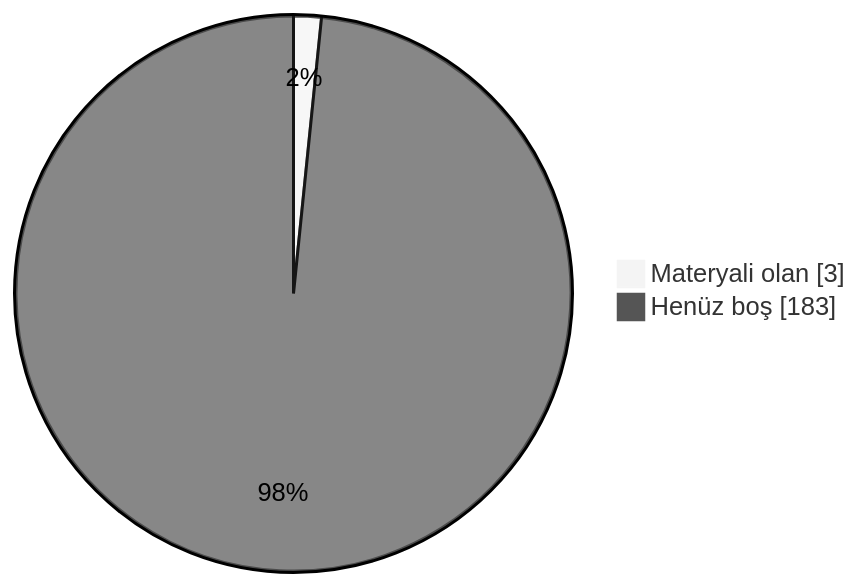
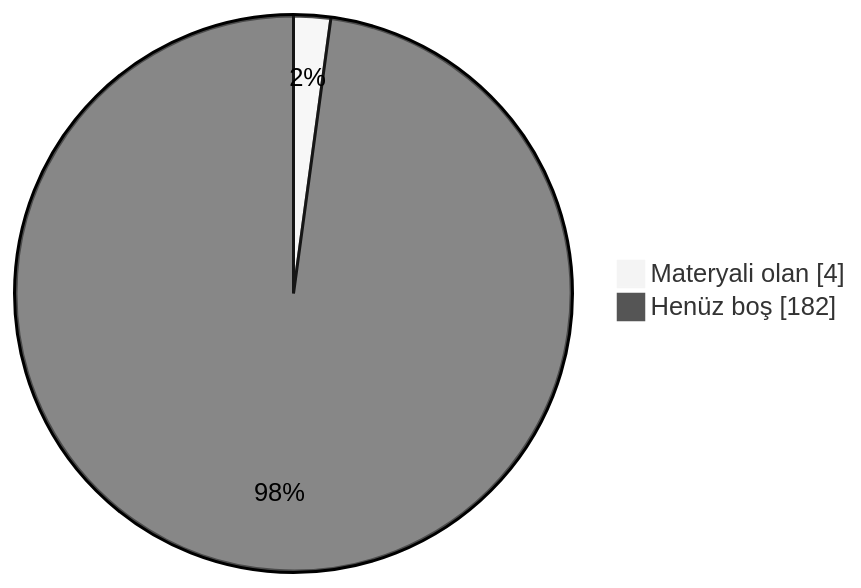
The diagram in README.md (MarmaraArsiv/muh_bilgisayar), drawn with Mermaid (neutral theme) before and after one commit. The commit also changed other lines of this file, not shown here.

````diff
--- a/README.md
+++ b/README.md
@@ -105,5 +105,5 @@
 ```mermaid
 pie showData
-  "Materyali olan" : 3
-  "Henüz boş" : 183
+  "Materyali olan" : 4
+  "Henüz boş" : 182
 ```
````
